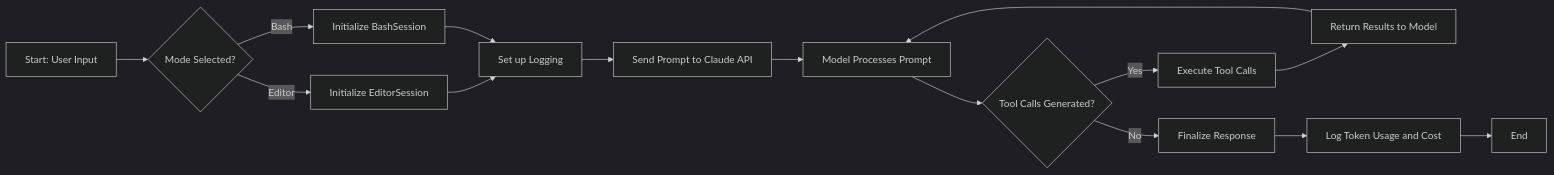
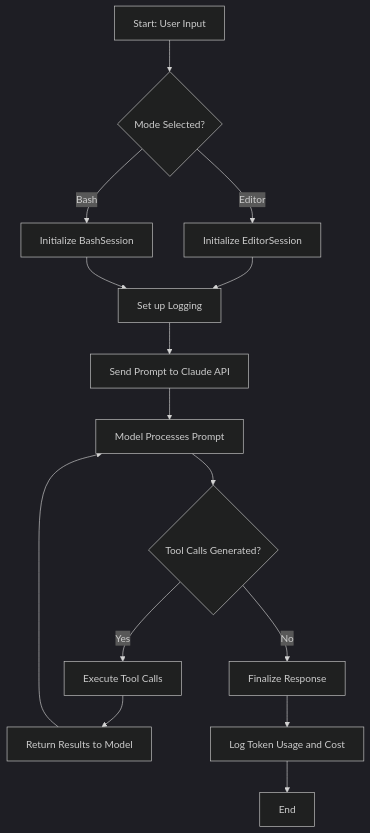
The diagram in README.md (yannickspies/anthropic-computer-use-bash-and-files), drawn with Mermaid (dark theme) before and after one commit. The commit also changed other lines of this file and 2 other files, not shown here.

````diff
--- a/README.md
+++ b/README.md
@@ -22,30 +22,30 @@
 ```mermaid
-flowchart LR
+flowchart TD
 A[Start: User Input] --> B{Mode Selected?}                                                                                     
                                                                                                                                 
 B -- Editor --> C[Initialize EditorSession]                                                                                    
                                                                                                                               
 B -- Bash --> D[Initialize BashSession]                                                                                        
                                                                                                                               
 C --> E[Set up Logging]                                                                                                        
                                                                                                                               
 D --> E[Set up Logging]                                                                                                        
                                                                                                                               
 E --> F[Send Prompt to Claude API]                                                                                             
                                                                                                                               
 F --> G[Model Processes Prompt]                                                                                                
                                                                                                                               
 G --> H{Tool Calls Generated?}                                                                                                 
                                                                                                                               
 H -- Yes --> I[Execute Tool Calls]                                                                                             
                                                                                                                               
 I --> J[Return Results to Model]                                                                                               
                                                                                                                               
 J --> G[Model Processes Prompt]                                                                                                
                                                                                                                               
 H -- No --> K[Finalize Response]                                                                                               
                                                                                                                               
 K --> L[Log Token Usage and Cost]                                                                                              
                                                                                                                               
 L --> M[End]        
 ```
````
